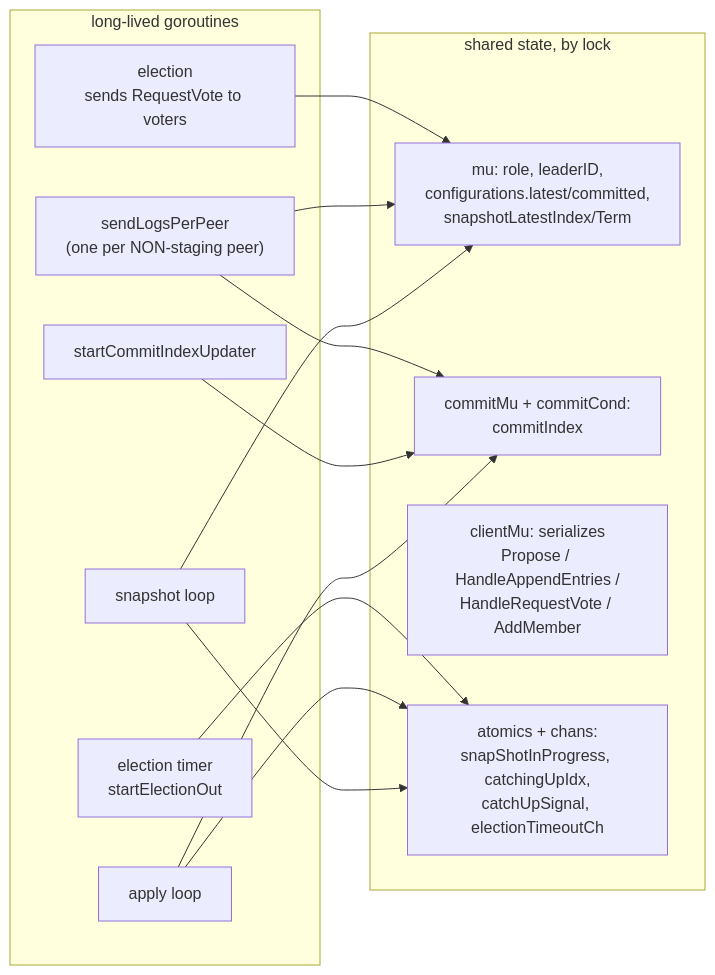
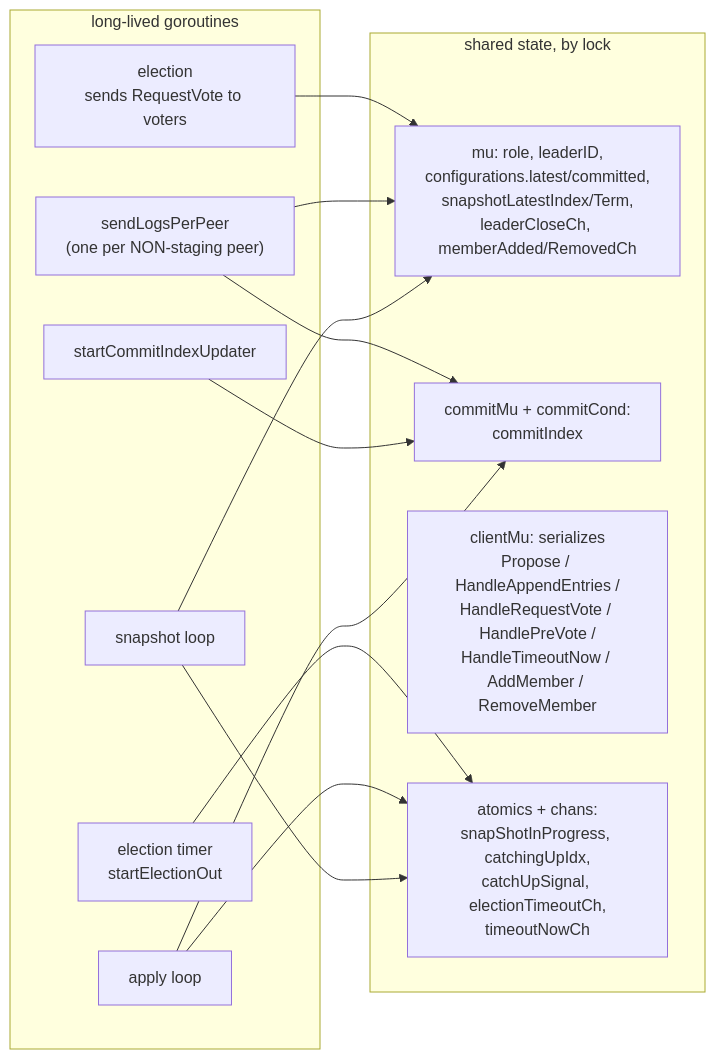
Before and after one commit to SHREYANSHSINGH14/raft: the third of 8 diagrams in docs/architecture.md, drawn with Mermaid. The commit also changed other lines of this file and 6 other files, not shown here.

````diff
--- a/docs/architecture.md
+++ b/docs/architecture.md
@@ -85,28 +98,28 @@
 ```mermaid
 flowchart LR
     subgraph goroutines["long-lived goroutines"]
         et["election timer<br/>startElectionOut"]
         el["election<br/>sends RequestVote to voters"]
         slp["sendLogsPerPeer<br/>(one per NON-staging peer)"]
         ciu["startCommitIndexUpdater"]
         al["apply loop"]
         sl["snapshot loop"]
     end
 
     subgraph locks["shared state, by lock"]
-        mu["mu: role, leaderID,<br/>configurations.latest/committed,<br/>snapshotLatestIndex/Term"]
+        mu["mu: role, leaderID,<br/>configurations.latest/committed,<br/>snapshotLatestIndex/Term,<br/>leaderCloseCh, memberAdded/RemovedCh"]
         cm["commitMu + commitCond:<br/>commitIndex"]
-        clm["clientMu: serializes<br/>Propose / HandleAppendEntries /<br/>HandleRequestVote / AddMember"]
-        at["atomics + chans:<br/>snapShotInProgress, catchingUpIdx,<br/>catchUpSignal, electionTimeoutCh"]
+        clm["clientMu: serializes<br/>Propose / HandleAppendEntries /<br/>HandleRequestVote / HandlePreVote /<br/>HandleTimeoutNow / AddMember / RemoveMember"]
+        at["atomics + chans:<br/>snapShotInProgress, catchingUpIdx,<br/>catchUpSignal, electionTimeoutCh,<br/>timeoutNowCh"]
     end
 
     et --> at
     el --> mu
     slp --> mu
     slp --> cm
     ciu --> cm
     al --> cm
     al --> at
     sl --> at
     sl --> mu
 ```
````
